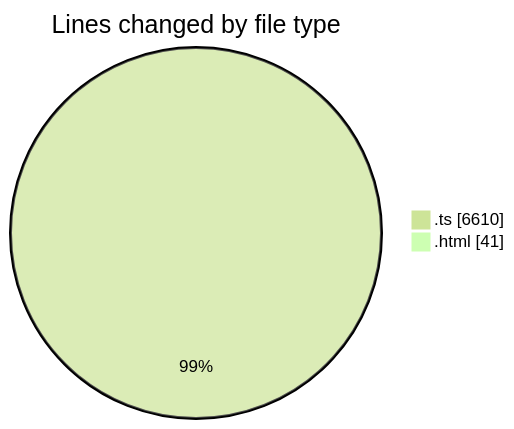
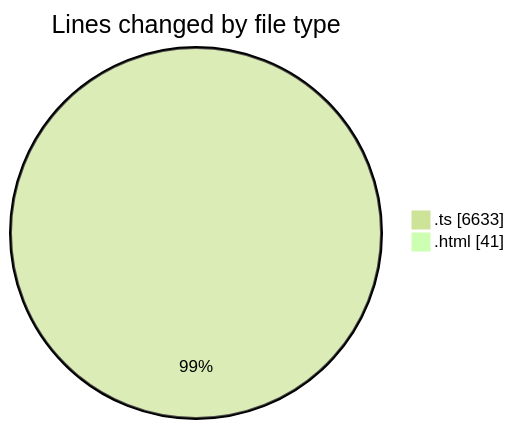
Before and after one commit to tmsrecording-cyber/code-tracking: the first of 2 diagrams in 2026-02-08/singularitybrainai/README.md, drawn with Mermaid (forest theme). The commit also changed other lines of this file and 1 other file, not shown here.

````diff
--- a/2026-02-08/singularitybrainai/README.md
+++ b/2026-02-08/singularitybrainai/README.md
@@ -32,6 +32,6 @@
 ```mermaid
 pie showData
 title Lines changed by file type
-".ts" : 6610
+".ts" : 6633
 ".html" : 41
 ```
````
